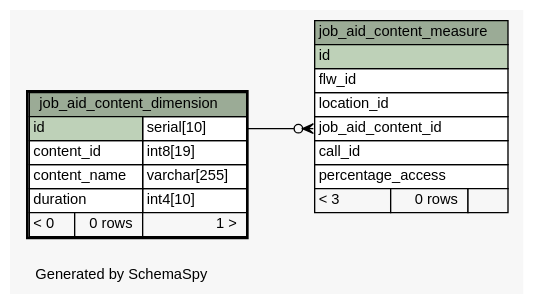
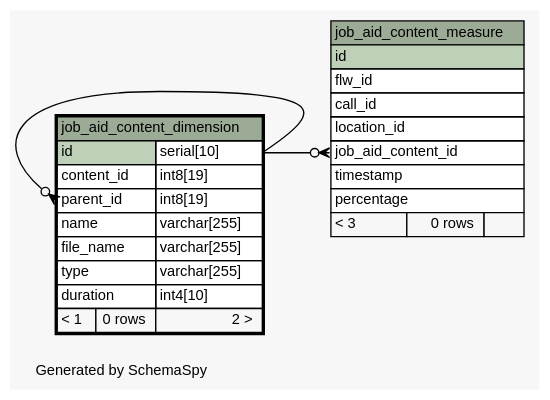
Before and after one commit to motech/ananya: the diagram in ananya-report/build/schemaspy-output/diagrams/job_aid_content_dimension.1degree.dot, drawn with Graphviz. The commit also changed 72 other files, not shown here.

Commit message:
Pulkit,Sush|#1620|schema changes to include job aid simension and measure tables and schema spy output for the same.

```diff
--- a/ananya-report/build/schemaspy-output/diagrams/job_aid_content_dimension.1degree.dot
+++ b/ananya-report/build/schemaspy-output/diagrams/job_aid_content_dimension.1degree.dot
@@ -1,51 +1,56 @@
-// dot 2.26.3 on Linux 2.6.38-11-generic-pae
+// dot 2.28.0 on Mac OS X 10.7.3
 // SchemaSpy rev 590
 digraph "oneDegreeRelationshipsDiagram" {
   graph [
     rankdir="RL"
     bgcolor="#f7f7f7"
     label="\nGenerated by SchemaSpy"
     labeljust="l"
     nodesep="0.18"
     ranksep="0.46"
     fontname="Helvetica"
     fontsize="11"
   ];
   node [
     fontname="Helvetica"
     fontsize="11"
     shape="plaintext"
   ];
   edge [
     arrowsize="0.8"
   ];
+  "job_aid_content_dimension":"parent_id":w -> "job_aid_content_dimension":"id.type":e [arrowhead=none dir=back arrowtail=crowodot];
   "job_aid_content_measure":"job_aid_content_id":w -> "job_aid_content_dimension":"id.type":e [arrowhead=none dir=back arrowtail=crowodot];
   "job_aid_content_dimension" [
     label=<
     <TABLE BORDER="2" CELLBORDER="1" CELLSPACING="0" BGCOLOR="#ffffff">
       <TR><TD COLSPAN="3" BGCOLOR="#9bab96" ALIGN="CENTER">job_aid_content_dimension</TD></TR>
       <TR><TD PORT="id" COLSPAN="2" BGCOLOR="#bed1b8" ALIGN="LEFT">id</TD><TD PORT="id.type" ALIGN="LEFT">serial[10]</TD></TR>
       <TR><TD PORT="content_id" COLSPAN="2" ALIGN="LEFT">content_id</TD><TD PORT="content_id.type" ALIGN="LEFT">int8[19]</TD></TR>
-      <TR><TD PORT="content_name" COLSPAN="2" ALIGN="LEFT">content_name</TD><TD PORT="content_name.type" ALIGN="LEFT">varchar[255]</TD></TR>
+      <TR><TD PORT="parent_id" COLSPAN="2" ALIGN="LEFT">parent_id</TD><TD PORT="parent_id.type" ALIGN="LEFT">int8[19]</TD></TR>
+      <TR><TD PORT="name" COLSPAN="2" ALIGN="LEFT">name</TD><TD PORT="name.type" ALIGN="LEFT">varchar[255]</TD></TR>
+      <TR><TD PORT="file_name" COLSPAN="2" ALIGN="LEFT">file_name</TD><TD PORT="file_name.type" ALIGN="LEFT">varchar[255]</TD></TR>
+      <TR><TD PORT="type" COLSPAN="2" ALIGN="LEFT">type</TD><TD PORT="type.type" ALIGN="LEFT">varchar[255]</TD></TR>
       <TR><TD PORT="duration" COLSPAN="2" ALIGN="LEFT">duration</TD><TD PORT="duration.type" ALIGN="LEFT">int4[10]</TD></TR>
-      <TR><TD ALIGN="LEFT" BGCOLOR="#f7f7f7">&lt; 0</TD><TD ALIGN="RIGHT" BGCOLOR="#f7f7f7">0 rows</TD><TD ALIGN="RIGHT" BGCOLOR="#f7f7f7">1 &gt;</TD></TR>
+      <TR><TD ALIGN="LEFT" BGCOLOR="#f7f7f7">&lt; 1</TD><TD ALIGN="RIGHT" BGCOLOR="#f7f7f7">0 rows</TD><TD ALIGN="RIGHT" BGCOLOR="#f7f7f7">2 &gt;</TD></TR>
     </TABLE>>
     URL="job_aid_content_dimension.html"
     tooltip="job_aid_content_dimension"
   ];
   "job_aid_content_measure" [
     label=<
     <TABLE BORDER="0" CELLBORDER="1" CELLSPACING="0" BGCOLOR="#ffffff">
       <TR><TD COLSPAN="3" BGCOLOR="#9bab96" ALIGN="CENTER">job_aid_content_measure</TD></TR>
       <TR><TD PORT="id" COLSPAN="3" BGCOLOR="#bed1b8" ALIGN="LEFT">id</TD></TR>
       <TR><TD PORT="flw_id" COLSPAN="3" ALIGN="LEFT">flw_id</TD></TR>
+      <TR><TD PORT="call_id" COLSPAN="3" ALIGN="LEFT">call_id</TD></TR>
       <TR><TD PORT="location_id" COLSPAN="3" ALIGN="LEFT">location_id</TD></TR>
       <TR><TD PORT="job_aid_content_id" COLSPAN="3" ALIGN="LEFT">job_aid_content_id</TD></TR>
-      <TR><TD PORT="call_id" COLSPAN="3" ALIGN="LEFT">call_id</TD></TR>
-      <TR><TD PORT="percentage_access" COLSPAN="3" ALIGN="LEFT">percentage_access</TD></TR>
+      <TR><TD PORT="timestamp" COLSPAN="3" ALIGN="LEFT">timestamp</TD></TR>
+      <TR><TD PORT="percentage" COLSPAN="3" ALIGN="LEFT">percentage</TD></TR>
       <TR><TD ALIGN="LEFT" BGCOLOR="#f7f7f7">&lt; 3</TD><TD ALIGN="RIGHT" BGCOLOR="#f7f7f7">0 rows</TD><TD ALIGN="RIGHT" BGCOLOR="#f7f7f7">  </TD></TR>
     </TABLE>>
     URL="job_aid_content_measure.html"
     tooltip="job_aid_content_measure"
   ];
 }
```
